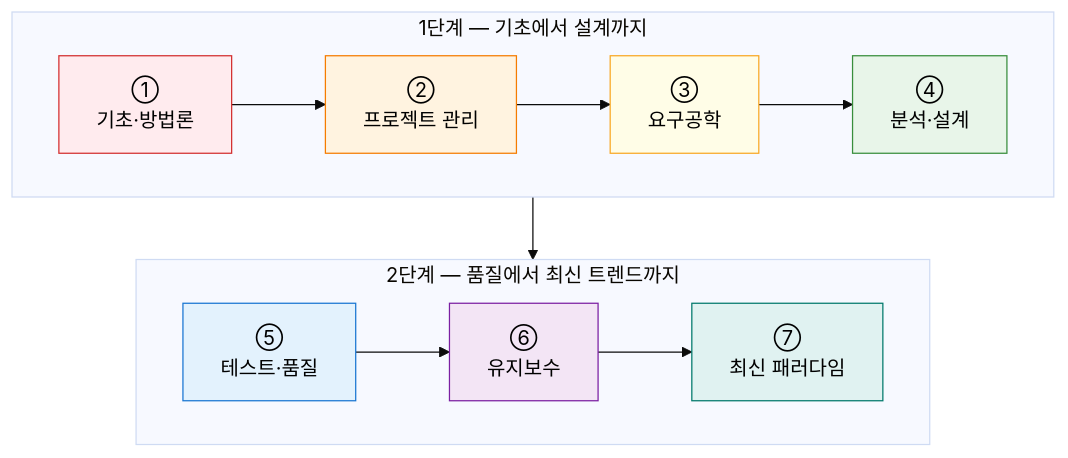
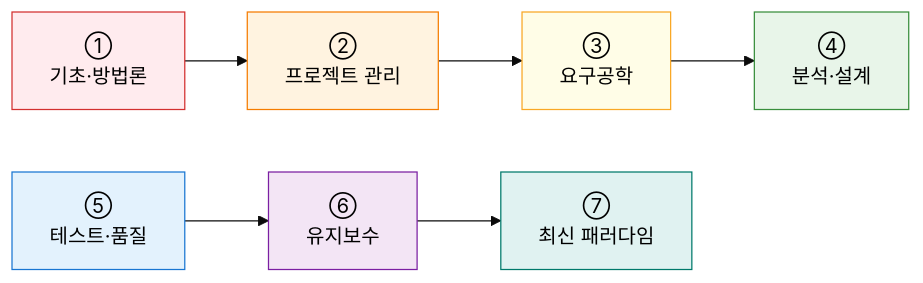
One commit to jeonck/itpe-KM changed the diagram in content/docs/01-software-engineering/_index.md. Above: the diagram before and after it, drawn with Mermaid.

Commit message:
fix: 소프트웨어공학 로드맵 Mermaid 렌더링 오류 수정
flowchart TD + subgraph direction LR + R1-->R2 조합이
Mermaid 11.x에서 raw text 표시 오류 발생.

수정: 서브그래프 제거, flowchart LR + 두 체인 분리 선언
Dagre 엔진이 끊긴 체인을 자동으로 2행 가로 배치

````diff
--- a/content/docs/01-software-engineering/_index.md
+++ b/content/docs/01-software-engineering/_index.md
@@ -11,28 +11,20 @@
 ```mermaid
 %%{init: { 'theme': 'base', 'themeVariables': { 'edgeLabelBackground': '#fff' }}}%%
-flowchart TD
-    subgraph R1["1단계 — 기초에서 설계까지"]
-        direction LR
-        A["①<br/>기초·방법론"]
-        B["②<br/>프로젝트 관리"]
-        C["③<br/>요구공학"]
-        D["④<br/>분석·설계"]
-        A --> B --> C --> D
-    end
-    subgraph R2["2단계 — 품질에서 최신 트렌드까지"]
-        direction LR
-        E["⑤<br/>테스트·품질"]
-        F["⑥<br/>유지보수"]
-        G["⑦<br/>최신 패러다임"]
-        E --> F --> G
-    end
-    R1 --> R2
-
+flowchart LR
+    A["①<br/>기초·방법론"]
+    B["②<br/>프로젝트 관리"]
+    C["③<br/>요구공학"]
+    D["④<br/>분석·설계"]
+    E["⑤<br/>테스트·품질"]
+    F["⑥<br/>유지보수"]
+    G["⑦<br/>최신 패러다임"]
+    A --> B --> C --> D
+    E --> F --> G
     style A fill:#FFEBEE,stroke:#D32F2F,color:#000
     style B fill:#FFF3E0,stroke:#F57C00,color:#000
     style C fill:#FFFDE7,stroke:#F9A825,color:#000
     style D fill:#E8F5E9,stroke:#388E3C,color:#000
     style E fill:#E3F2FD,stroke:#1976D2,color:#000
     style F fill:#F3E5F5,stroke:#7B1FA2,color:#000
     style G fill:#E0F2F1,stroke:#00796B,color:#000
 ```
````
